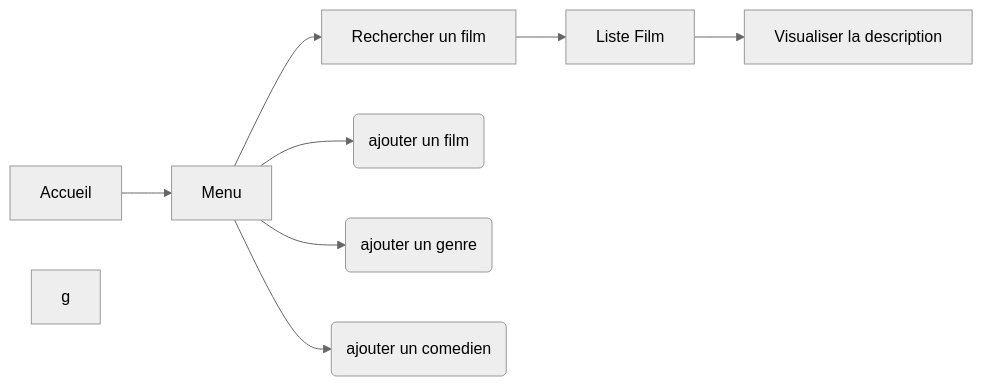
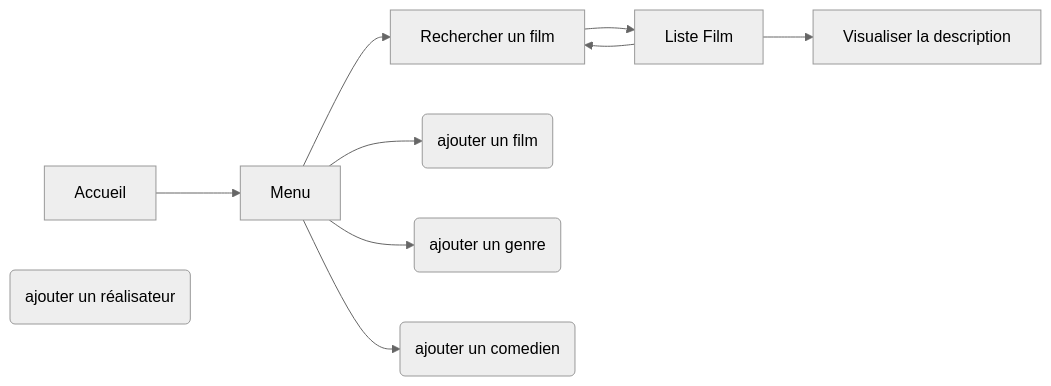
Before and after one commit to Remynder0/cours_BUT_24-25: the first of 3 diagrams in README.md, drawn with Mermaid (neutral theme). The commit also changed other lines of this file, not shown here.

````diff
--- a/README.md
+++ b/README.md
@@ -120,18 +120,19 @@
 ```mermaid
 graph LR
 
 A[Accueil]
 B[Visualiser la description]
 C[Rechercher un film]
 D[Liste Film] 
 E[Menu] 
 F(ajouter un film)
 G(ajouter un genre) 
 H(ajouter un comedien) 
-I[g]
+I(ajouter un réalisateur)
 
-A --> E --> C --> D -->B
+A --> E --> C --> D --> B
+D --> C
 E --> F
 E --> G
 E --> H
 ```
````
